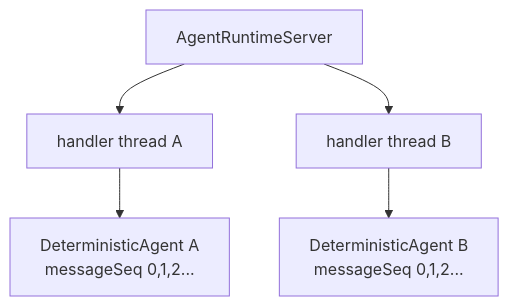
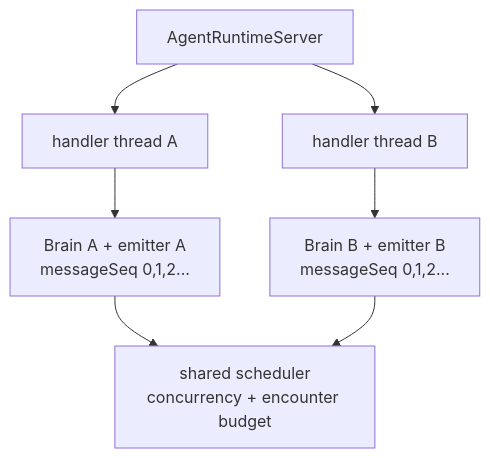
Before and after one commit to ericdonno/cs61b-std: the fourth of 12 diagrams in proj2/agentarchitecture.md, drawn with Mermaid. The commit also changed other lines of this file and 56 other files, not shown here.

````diff
--- a/proj2/agentarchitecture.md
+++ b/proj2/agentarchitecture.md
@@ -335,13 +344,16 @@
 ```mermaid
 flowchart TB
     SERVER["AgentRuntimeServer"]
     HA["handler thread A"]
     HB["handler thread B"]
-    AA["DeterministicAgent A<br/>messageSeq 0,1,2..."]
-    AB["DeterministicAgent B<br/>messageSeq 0,1,2..."]
+    AA["Brain A + emitter A<br/>messageSeq 0,1,2..."]
+    AB["Brain B + emitter B<br/>messageSeq 0,1,2..."]
+    SCHED["shared scheduler<br/>concurrency + encounter budget"]
 
     SERVER --> HA
     SERVER --> HB
     HA --> AA
     HB --> AB
+    AA --> SCHED
+    AB --> SCHED
 ```
````
